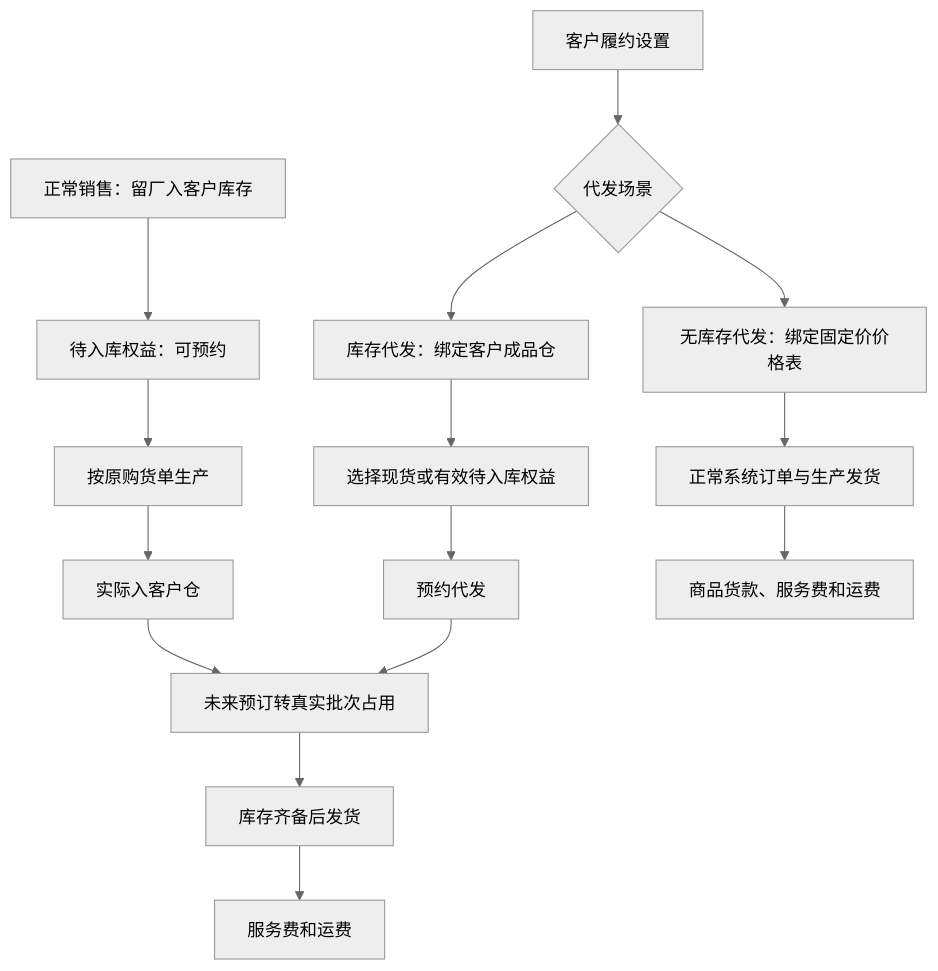
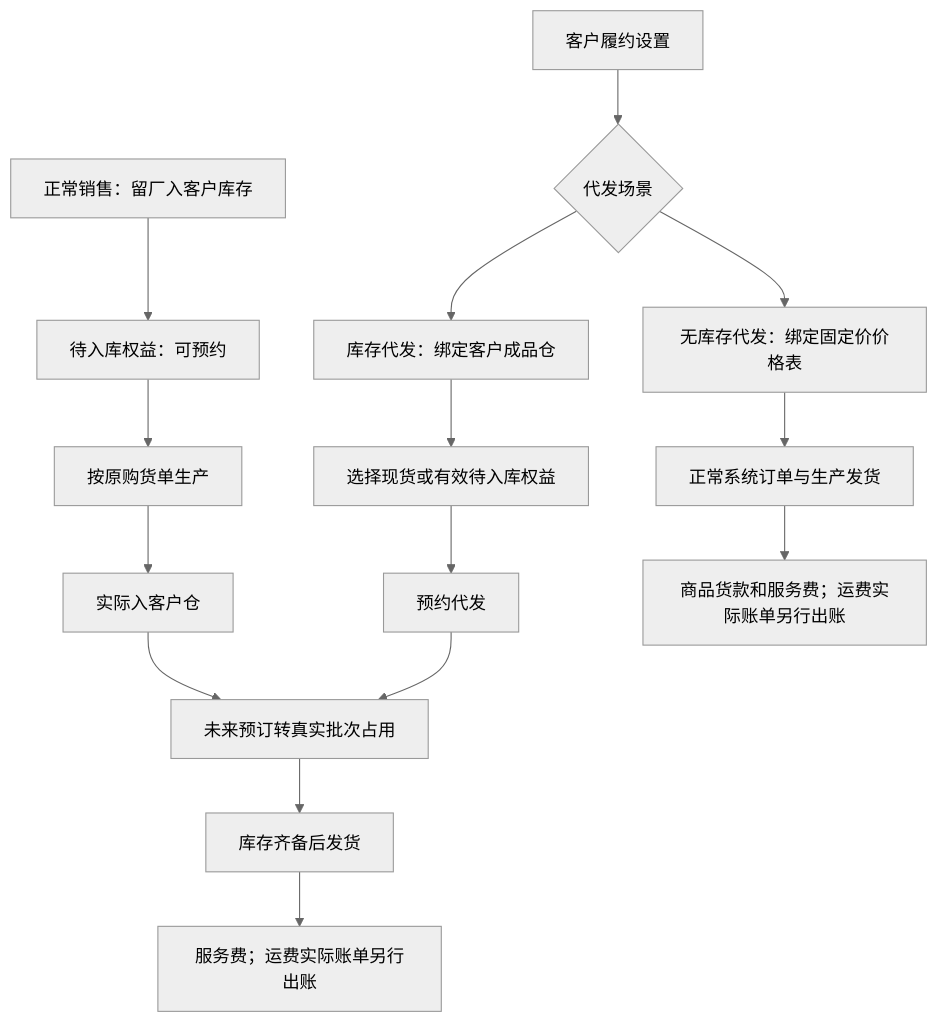
One commit to Backstage2539/KFerp changed the diagram in orderapp-remote/docs/OP_MANUAL_CUSTOMER_STOCK_DROPSHIP.md. Above: the diagram before and after it, drawn with Mermaid (neutral theme). The commit also changed other lines of this file and 94 other files, not shown here.

````diff
--- a/orderapp-remote/docs/OP_MANUAL_CUSTOMER_STOCK_DROPSHIP.md
+++ b/orderapp-remote/docs/OP_MANUAL_CUSTOMER_STOCK_DROPSHIP.md
@@ -7,17 +7,17 @@
 ```mermaid
 flowchart TD
   A[客户履约设置] --> B{代发场景}
   B --> C[库存代发：绑定客户成品仓]
   B --> D[无库存代发：绑定固定价价格表]
   E[正常销售：留厂入客户库存] --> F[待入库权益：可预约]
   F --> G[按原购货单生产]
   G --> H[实际入客户仓]
   C --> I[选择现货或有效待入库权益]
   I --> J[预约代发]
   H --> K[未来预订转真实批次占用]
   J --> K
   K --> L[库存齐备后发货]
   D --> M[正常系统订单与生产发货]
-  L --> N[服务费和运费]
-  M --> O[商品货款、服务费和运费]
+  L --> N[服务费；运费实际账单另行出账]
+  M --> O[商品货款和服务费；运费实际账单另行出账]
 ```
````
